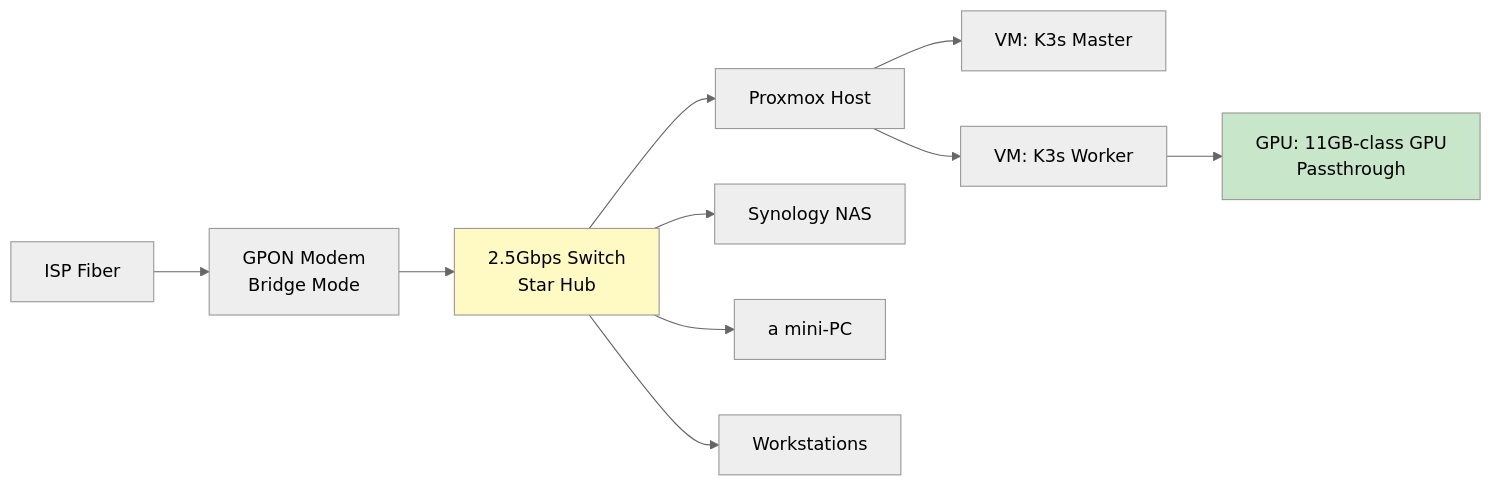
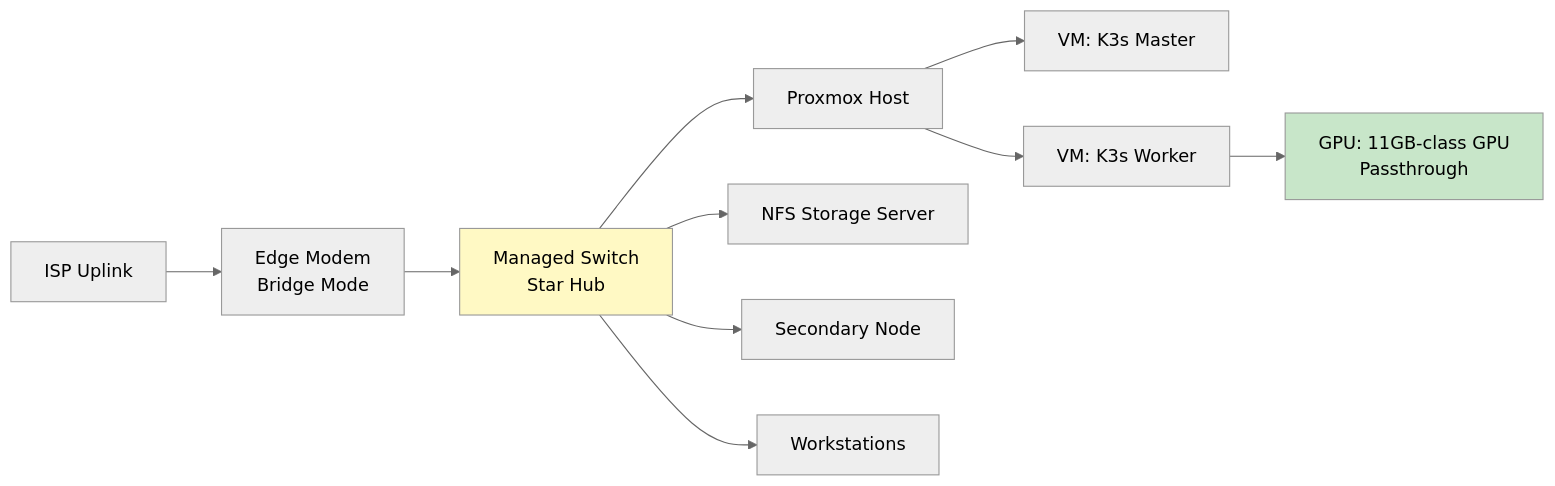
One commit to minderhq/academy changed the first of 4 diagrams in docs/phases/phase1-infra/README.md. Above: the diagram before and after it, drawn with Mermaid (neutral theme). The commit also changed other lines of this file and 52 other files, not shown here.

````diff
--- a/docs/phases/phase1-infra/README.md
+++ b/docs/phases/phase1-infra/README.md
@@ -76,18 +76,18 @@
 ```mermaid
 graph LR
-    A[ISP Fiber] --> B[GPON Modem<br/>Bridge Mode]
-    B --> C[2.5Gbps Switch<br/>Star Hub]
+    A[ISP Uplink] --> B[Edge Modem<br/>Bridge Mode]
+    B --> C[Managed Switch<br/>Star Hub]
 
     C --> D[Proxmox Host]
-    C --> E[Synology NAS]
-    C --> F[a mini-PC]
+    C --> E[NFS Storage Server]
+    C --> F[Secondary Node]
     C --> G[Workstations]
 
     D --> H[VM: K3s Master]
     D --> I[VM: K3s Worker]
 
     I --> J[GPU: 11GB-class GPU<br/>Passthrough]
 
     style C fill:#fff9c4
     style J fill:#c8e6c9
 ```
````
